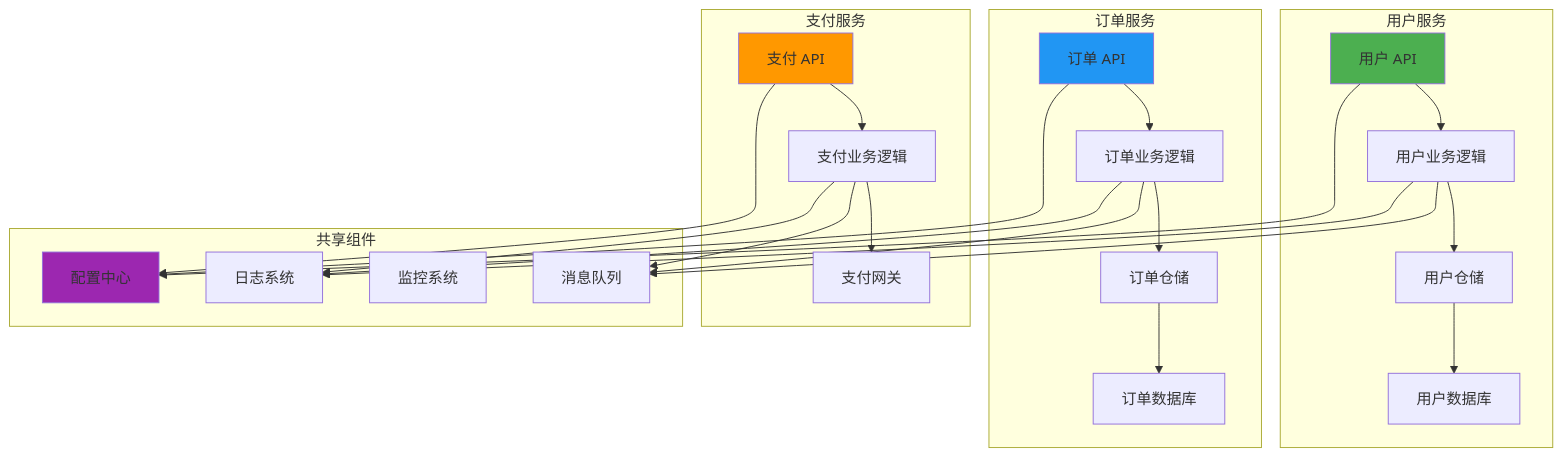
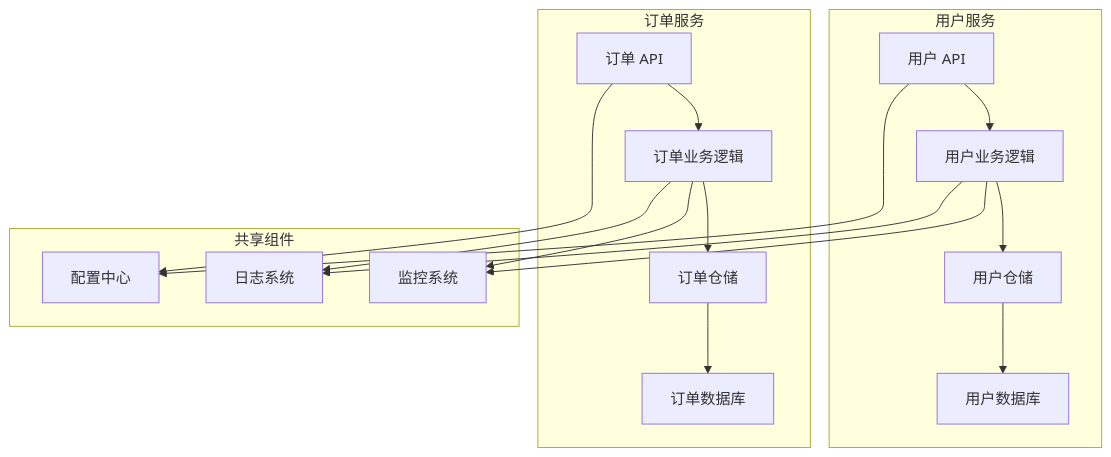
Before and after one commit to bisenliu/go-micro-scaffold: the fourth of 5 diagrams in FX_FRAMEWORK_GUIDE.md, drawn with Mermaid. The commit also changed other lines of this file, not shown here.

````diff
--- a/FX_FRAMEWORK_GUIDE.md
+++ b/FX_FRAMEWORK_GUIDE.md
@@ -1065,43 +563,27 @@
 ```mermaid
 graph TB
     subgraph "用户服务"
         A[用户 API] --> B[用户业务逻辑]
         B --> C[用户仓储]
         C --> D[用户数据库]
     end
     
     subgraph "订单服务"
         E[订单 API] --> F[订单业务逻辑]
         F --> G[订单仓储]
         G --> H[订单数据库]
     end
     
-    subgraph "支付服务"
-        I[支付 API] --> J[支付业务逻辑]
-        J --> K[支付网关]
+    subgraph "共享组件"
+        I[配置中心]
+        J[日志系统]
+        K[监控系统]
     end
     
-    subgraph "共享组件"
-        L[配置中心]
-        M[日志系统]
-        N[监控系统]
-        O[消息队列]
-    end
-    
-    A --> L
-    E --> L
-    I --> L
-    
-    B --> M
-    F --> M
-    J --> M
-    
-    B --> O
-    F --> O
-    J --> O
-    
-    style A fill:#4caf50
-    style E fill:#2196f3
-    style I fill:#ff9800
-    style L fill:#9c27b0
+    A --> I
+    E --> I
+    B --> J
+    F --> J
+    B --> K
+    F --> K
 ```
````
